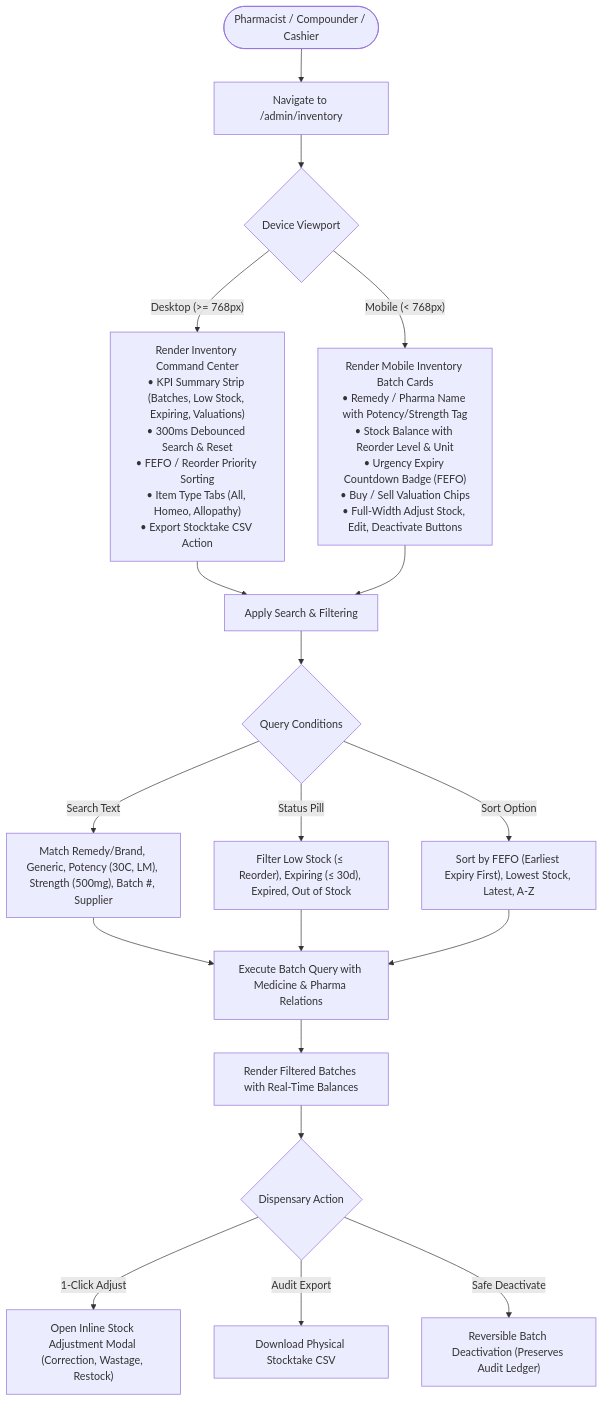
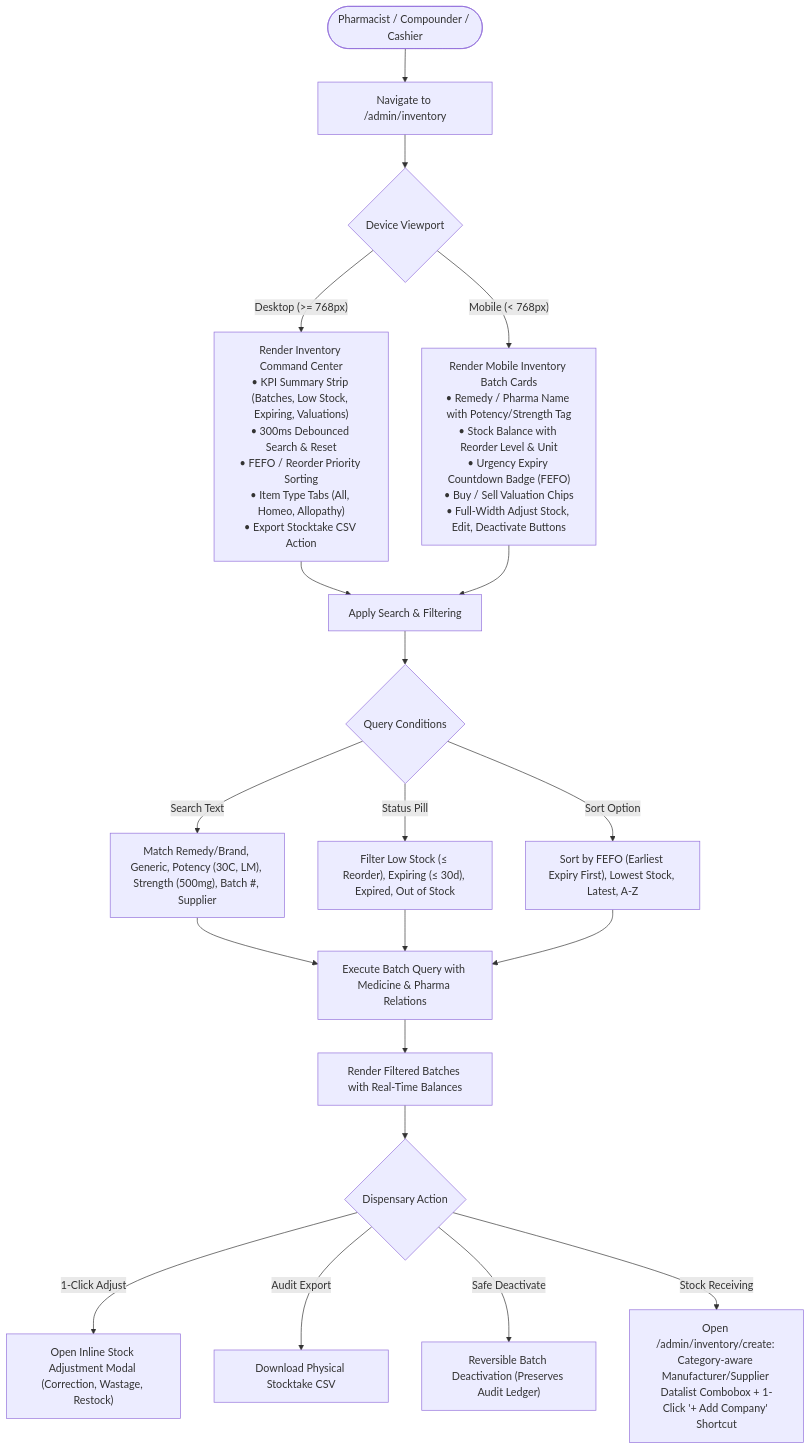
Diagram 14 of 26 in 02_AppFlow.md (SH4RTH4K/Clinic-System), drawn with Mermaid before and after one commit. The commit also changed 223 other files, not shown here.

Commit message:
feat: upgrade supplier field in inventory intake to category-aware manufacturer datalist combobox with quick chips and add shortcut

````diff
--- a/02_AppFlow.md
+++ b/02_AppFlow.md
@@ -416,26 +416,27 @@
 ```mermaid
 flowchart TD
     User([Pharmacist / Compounder / Cashier]) --> OpenInventory["Navigate to /admin/inventory"]
     OpenInventory --> ViewMode{"Device Viewport"}
     
     ViewMode -- "Mobile (< 768px)" --> MobileCards["Render Mobile Inventory Batch Cards<br/>• Remedy / Pharma Name with Potency/Strength Tag<br/>• Stock Balance with Reorder Level & Unit<br/>• Urgency Expiry Countdown Badge (FEFO)<br/>• Buy / Sell Valuation Chips<br/>• Full-Width Adjust Stock, Edit, Deactivate Buttons"]
     ViewMode -- "Desktop (>= 768px)" --> DesktopTable["Render Inventory Command Center<br/>• KPI Summary Strip (Batches, Low Stock, Expiring, Valuations)<br/>• 300ms Debounced Search & Reset<br/>• FEFO / Reorder Priority Sorting<br/>• Item Type Tabs (All, Homeo, Allopathy)<br/>• Export Stocktake CSV Action"]
     
     DesktopTable --> ApplySearch["Apply Search & Filtering"]
     MobileCards --> ApplySearch
     
     ApplySearch --> MatchFilter{"Query Conditions"}
     MatchFilter -- "Search Text" --> MatchAttrs["Match Remedy/Brand, Generic, Potency (30C, LM), Strength (500mg), Batch #, Supplier"]
     MatchFilter -- "Status Pill" --> MatchStatus["Filter Low Stock (≤ Reorder), Expiring (≤ 30d), Expired, Out of Stock"]
     MatchFilter -- "Sort Option" --> MatchSort["Sort by FEFO (Earliest Expiry First), Lowest Stock, Latest, A-Z"]
     
     MatchAttrs --> ExecuteQuery["Execute Batch Query with Medicine & Pharma Relations"]
     MatchStatus --> ExecuteQuery
     MatchSort --> ExecuteQuery
     
     ExecuteQuery --> DisplayResults["Render Filtered Batches with Real-Time Balances"]
     DisplayResults --> Action{"Dispensary Action"}
     Action -- "1-Click Adjust" --> OpenModal["Open Inline Stock Adjustment Modal (Correction, Wastage, Restock)"]
     Action -- "Audit Export" --> DownloadCSV["Download Physical Stocktake CSV"]
     Action -- "Safe Deactivate" --> SoftDeactivate["Reversible Batch Deactivation (Preserves Audit Ledger)"]
+    Action -- "Stock Receiving" --> StockReceive["Open /admin/inventory/create: Category-aware Manufacturer/Supplier Datalist Combobox + 1-Click '+ Add Company' Shortcut"]
 ```
````
